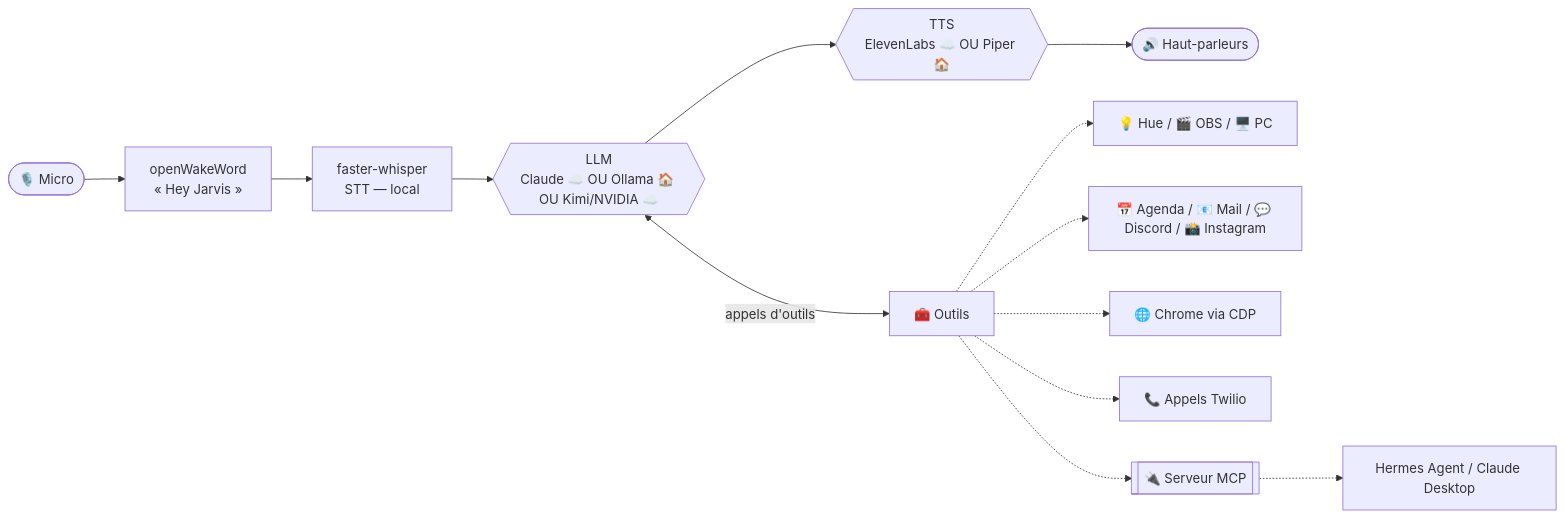
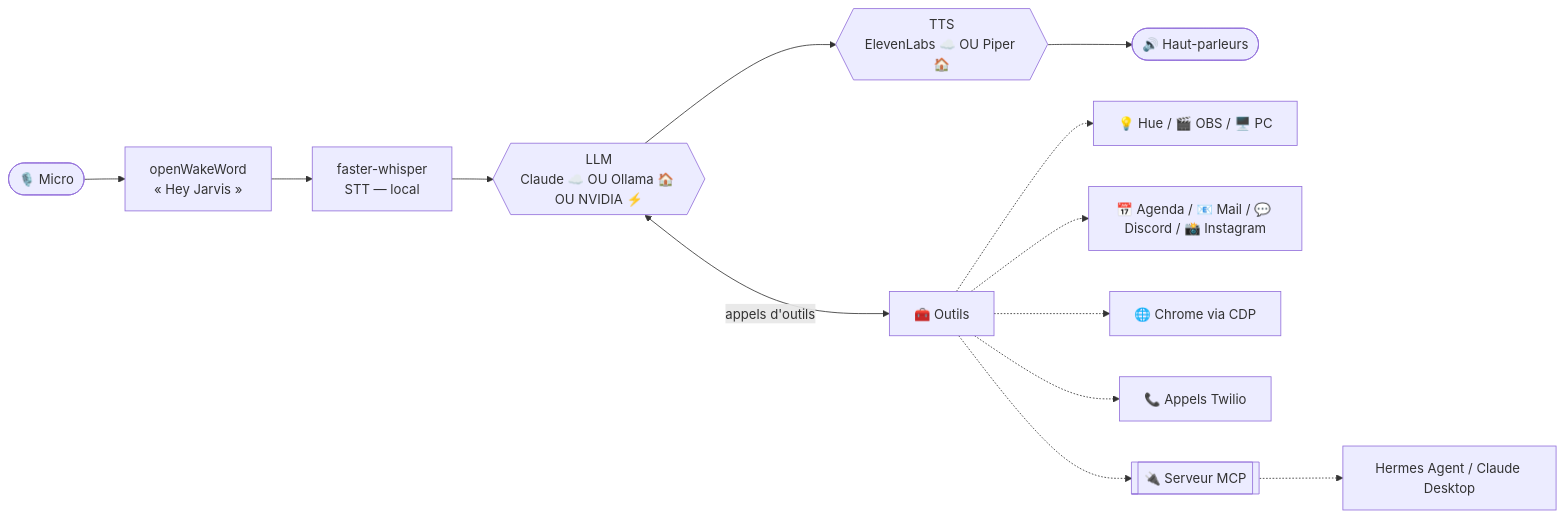
One commit to sane667/jarvis-assistant-vocal changed the diagram in README.md. Above: the diagram before and after it, drawn with Mermaid. The commit also changed other lines of this file, not shown here.

Commit message:
docs: document NVIDIA GPT-OSS provider

````diff
--- a/README.md
+++ b/README.md
@@ -39,16 +39,16 @@
 ```mermaid
 flowchart LR
     Mic([🎙️ Micro]) --> WW[openWakeWord<br/>« Hey Jarvis »]
     WW --> STT[faster-whisper<br/>STT — local]
-    STT --> LLM{{LLM<br/>Claude ☁️ OU Ollama 🏠 OU Kimi/NVIDIA ☁️}}
+    STT --> LLM{{LLM<br/>Claude ☁️ OU Ollama 🏠 OU NVIDIA ⚡}}
     LLM <-->|appels d'outils| TOOLS[🧰 Outils]
     LLM --> TTS{{TTS<br/>ElevenLabs ☁️ OU Piper 🏠}}
     TTS --> SPK([🔊 Haut-parleurs])
 
     TOOLS -.-> HOME[💡 Hue / 🎬 OBS / 🖥️ PC]
     TOOLS -.-> NET[📅 Agenda / 📧 Mail / 💬 Discord / 📸 Instagram]
     TOOLS -.-> CDP[🌐 Chrome via CDP]
     TOOLS -.-> TW[📞 Appels Twilio]
     TOOLS -.-> MCP[[🔌 Serveur MCP]]
     MCP -.-> EXT[Hermes Agent / Claude Desktop]
 ```
````
